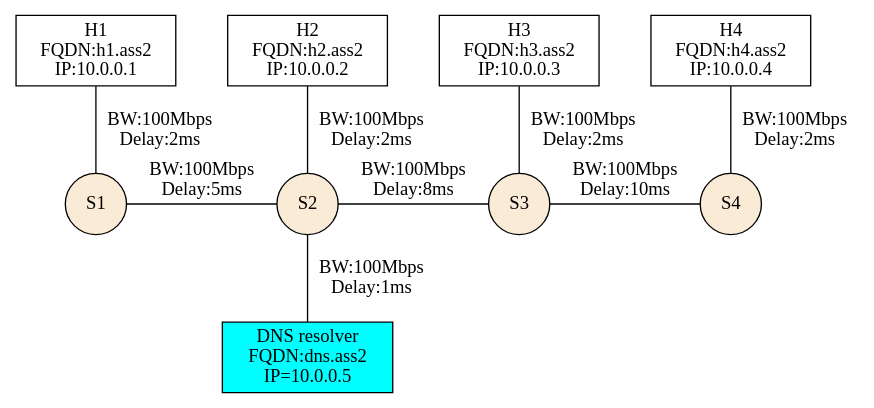
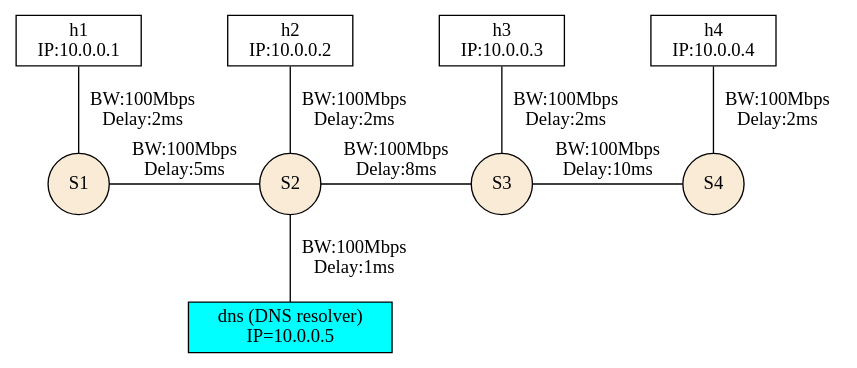
The diagram in topo.dot (pranav-joshi-iitgn/CN-A2), drawn with Graphviz before and after one commit. The commit also changed 16 other files, not shown here.

```diff
--- a/topo.dot
+++ b/topo.dot
@@ -1,28 +1,28 @@
 graph G {
 
-    h1 [label="H1\nFQDN:h1.ass2\nIP:10.0.0.1" shape=rect];
-    h2 [label="H2\nFQDN:h2.ass2\nIP:10.0.0.2" shape=rect];
-    h3 [label="H3\nFQDN:h3.ass2\nIP:10.0.0.3" shape=rect];
-    h4 [label="H4\nFQDN:h4.ass2\nIP:10.0.0.4" shape=rect];
+    h1 [label="h1\nIP:10.0.0.1" shape=rect];
+    h2 [label="h2\nIP:10.0.0.2" shape=rect];
+    h3 [label="h3\nIP:10.0.0.3" shape=rect];
+    h4 [label="h4\nIP:10.0.0.4" shape=rect];
 
-    dns [label ="DNS resolver\nFQDN:dns.ass2\nIP=10.0.0.5" shape=rect fillcolor=aqua style=filled]
+    dns [label ="dns (DNS resolver)\nIP=10.0.0.5" shape=rect fillcolor=aqua style=filled]
 
     s1 [label="S1" shape=circle style=filled fillcolor=antiquewhite];
     s2 [label="S2" shape=circle style=filled fillcolor=antiquewhite];
     s3 [label="S3" shape=circle style=filled fillcolor=antiquewhite];
     s4 [label="S4" shape=circle style=filled fillcolor=antiquewhite];
 
     h1--s1 [label="BW:100Mbps\nDelay:2ms"]
     h2--s2 [label="BW:100Mbps\nDelay:2ms"]
     h3--s3 [label="BW:100Mbps\nDelay:2ms"]
     h4--s4 [label="BW:100Mbps\nDelay:2ms"]
 
     s2--dns [label="BW:100Mbps\nDelay:1ms"]
 
     s1--s2 [label="BW:100Mbps\nDelay:5ms"]
     s2--s3 [label="BW:100Mbps\nDelay:8ms"]
     s3--s4 [label="BW:100Mbps\nDelay:10ms"]
 
     { rank=same; s1 s2 s3 s4};
 
 }
```
